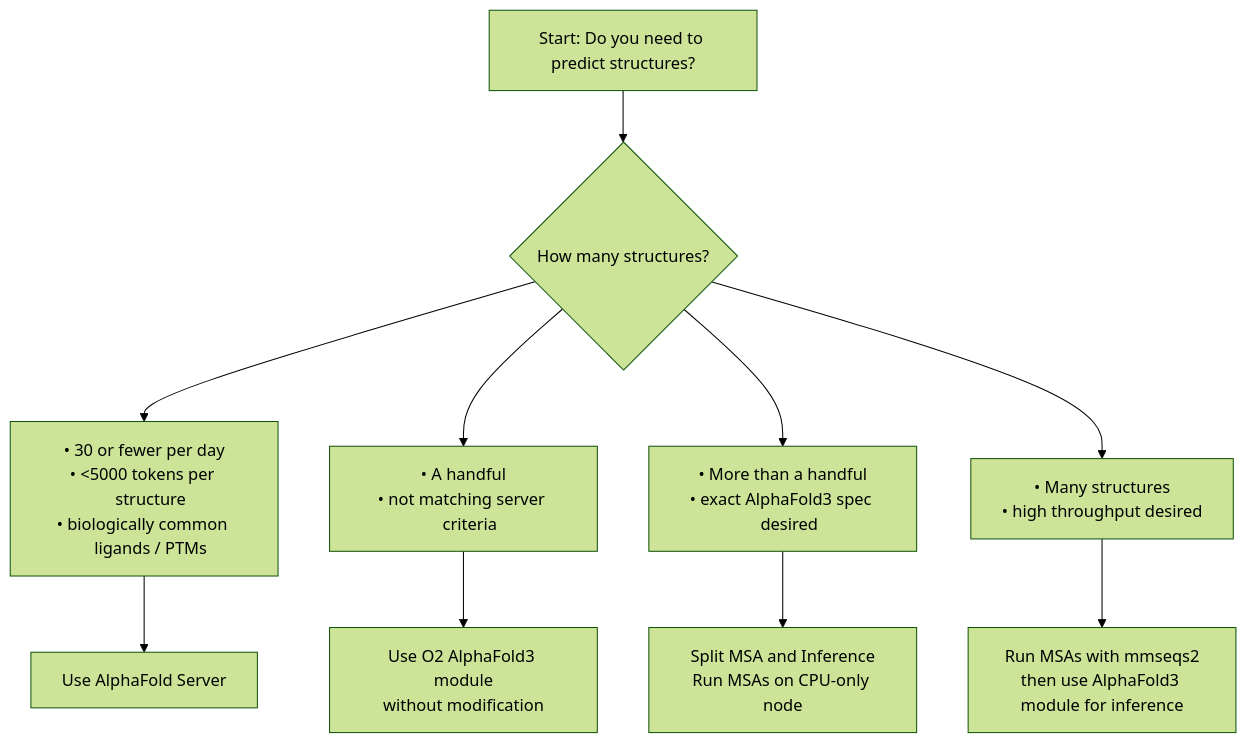
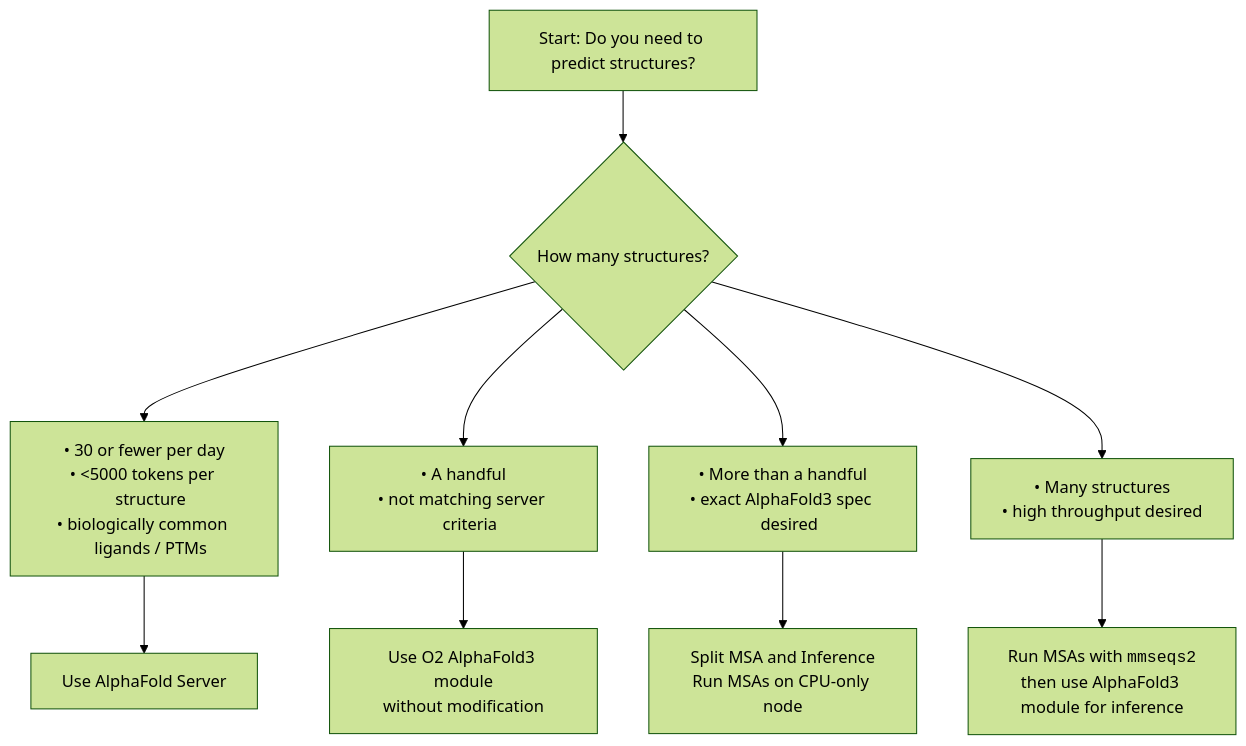
One commit to ccb-hms/ccbfold changed the diagram in examples/workshop/Workshop.qmd. Above: the diagram before and after it, drawn with Mermaid (forest theme).

Commit message:
inline code

````diff
--- a/examples/workshop/Workshop.qmd
+++ b/examples/workshop/Workshop.qmd
@@ -651,8 +651,8 @@
 ```{mermaid}
 flowchart TD
     A[Start: Do you need to predict structures?] --> B{How many structures?}
     B --> C[#8226; 30 or fewer per day<br/>#8226; <5000 tokens per &nbsp;&nbsp;&nbsp;structure<br/>#8226; biologically common &nbsp;&nbsp;&nbsp;ligands / PTMs] --> D[Use AlphaFold Server]
     B --> E[#8226; A handful<br/>#8226; not matching server &nbsp;&nbsp;&nbsp;criteria] --> F[Use O2 AlphaFold3 module<br/>without modification]
     B --> G[#8226; More than a handful<br/>#8226; exact AlphaFold3 spec &nbsp;&nbsp;&nbsp;desired] --> H[Split MSA and Inference<br/>Run MSAs on CPU-only node]
-    B --> I[#8226; Many structures<br/>#8226; high throughput desired] --> J[Run MSAs with mmseqs2<br/>then use AlphaFold3 module for inference]
+    B --> I[#8226; Many structures<br/>#8226; high throughput desired] --> J[Run MSAs with <code>mmseqs2</code><br/>then use AlphaFold3 module for inference]
 ```
````
